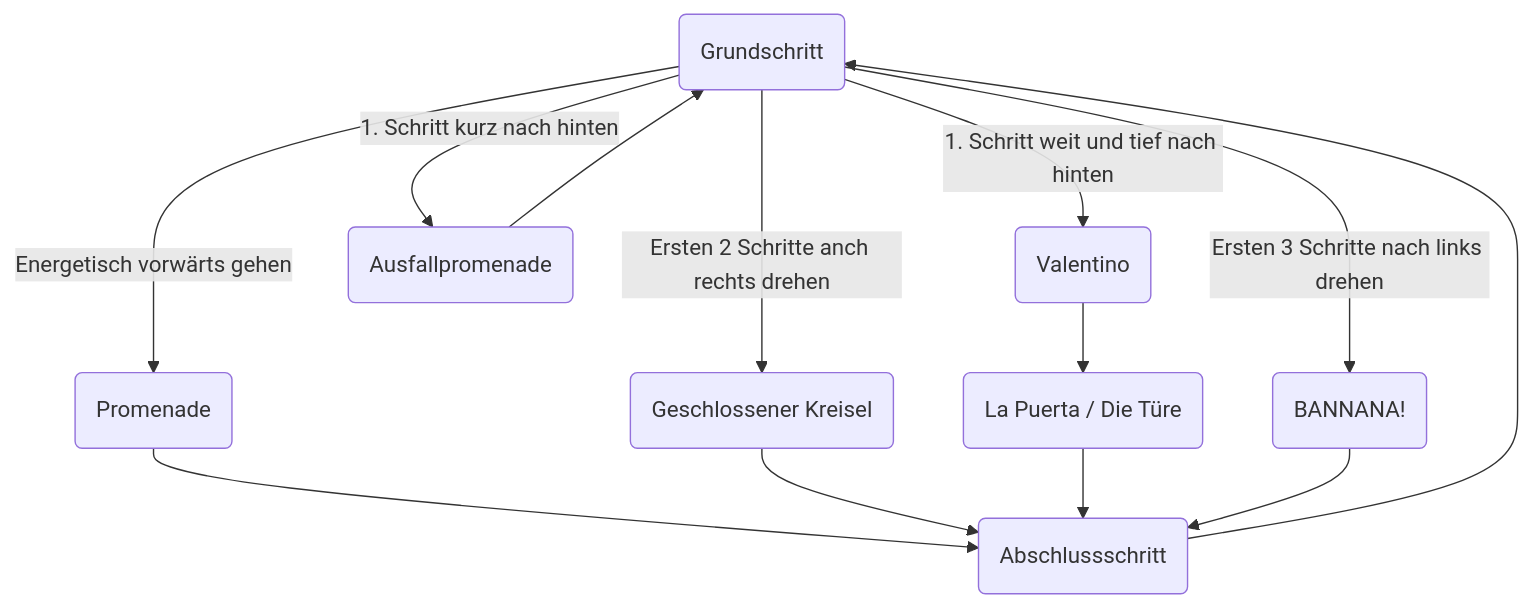
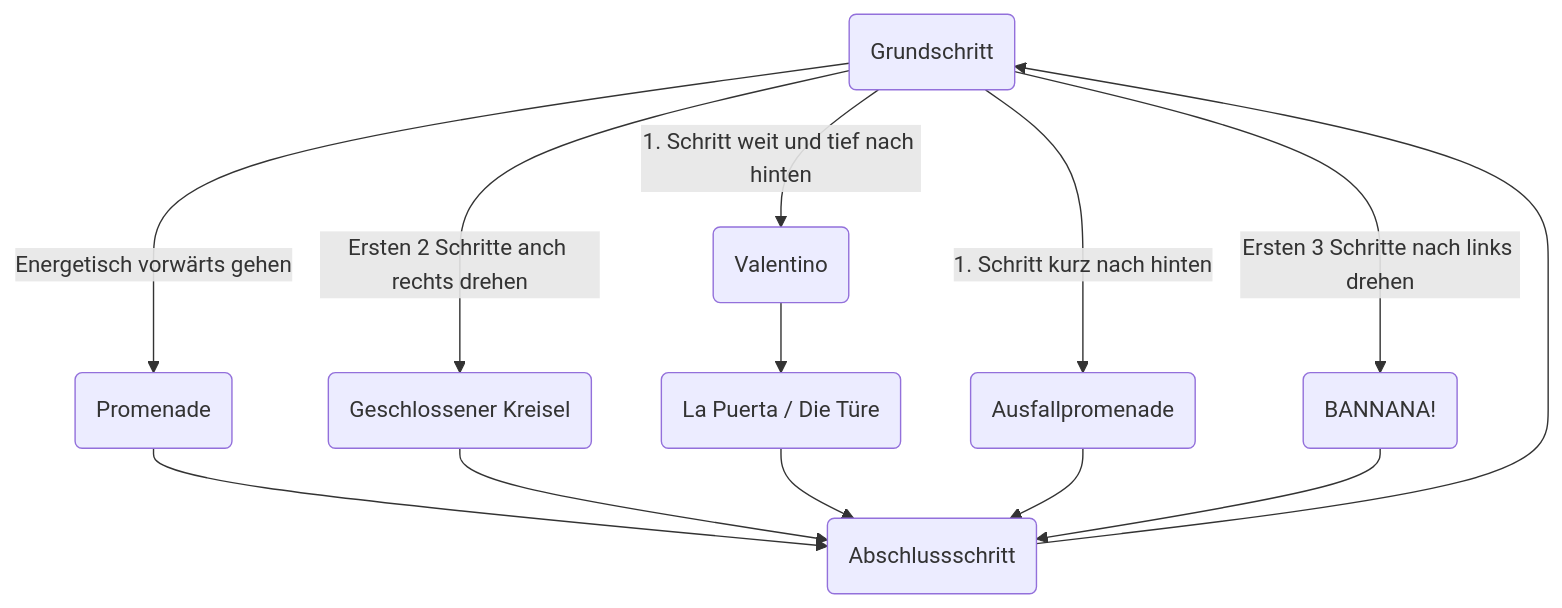
Before and after one commit to lloeffler/dances-and-figures: the diagram in tango/de.md, drawn with Mermaid. The commit also changed other lines of this file and 12 other files, not shown here.

````diff
--- a/tango/de.md
+++ b/tango/de.md
@@ -11,13 +11,13 @@
 ```mermaid
 flowchart TD;
     Grundschritt(Grundschritt) -->|Energetisch vorwärts gehen| Promenade(Promenade);
     Promenade --> Abschlussschritt(Abschlussschritt) --> Grundschritt;
     Grundschritt -->|Ersten 2 Schritte anch rechts drehen| GeschlossenerKreisel(Geschlossener Kreisel);
     GeschlossenerKreisel --> Abschlussschritt;
     Grundschritt -->|1. Schritt weit und tief nach hinten| Valentino(Valentino);
     Valentino --> LaPuerta(La Puerta / Die Türe);
     LaPuerta --> Abschlussschritt;
     Grundschritt -->|1. Schritt kurz nach hinten| Ausfallpromenade(Ausfallpromenade);
-    Ausfallpromenade --> Grundschritt;
+    Ausfallpromenade --> Abschlussschritt;
     Grundschritt -->|Ersten 3 Schritte nach links drehen| Bannana(BANNANA!) --> Abschlussschritt;
 ```
````
